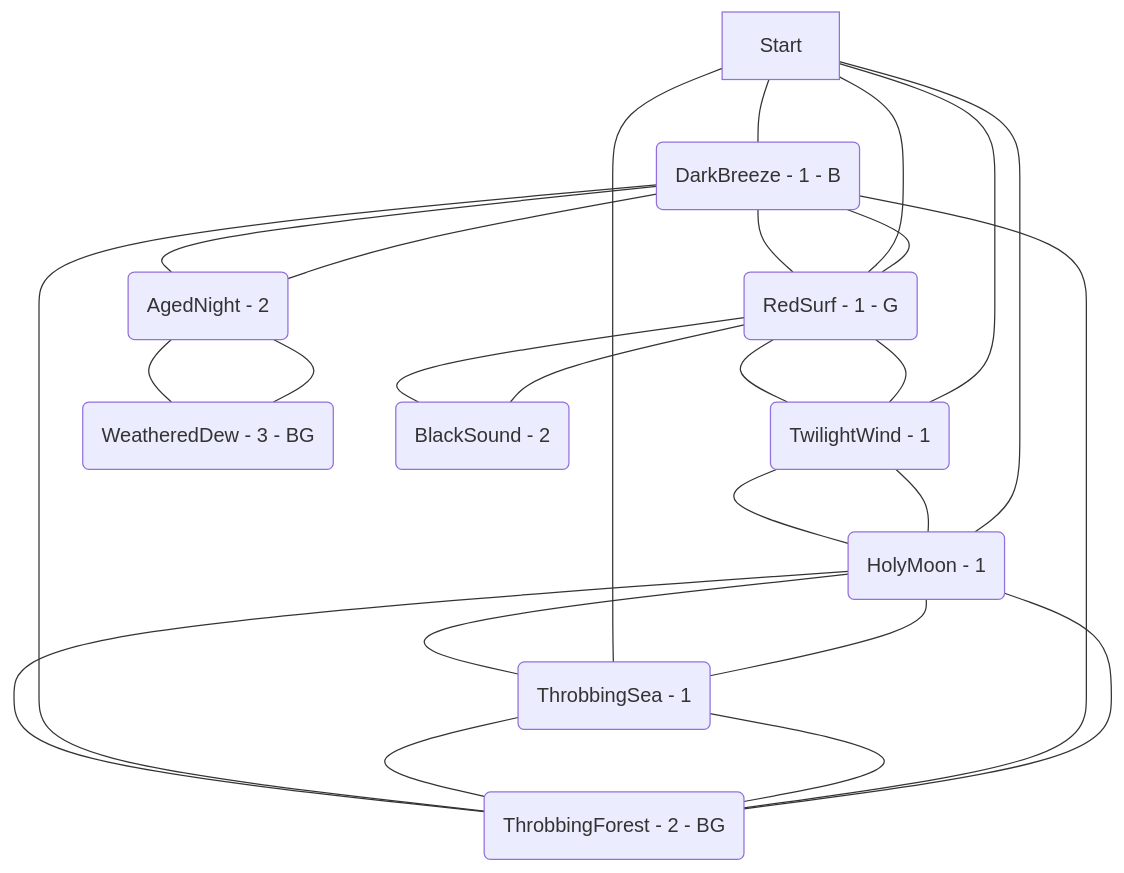
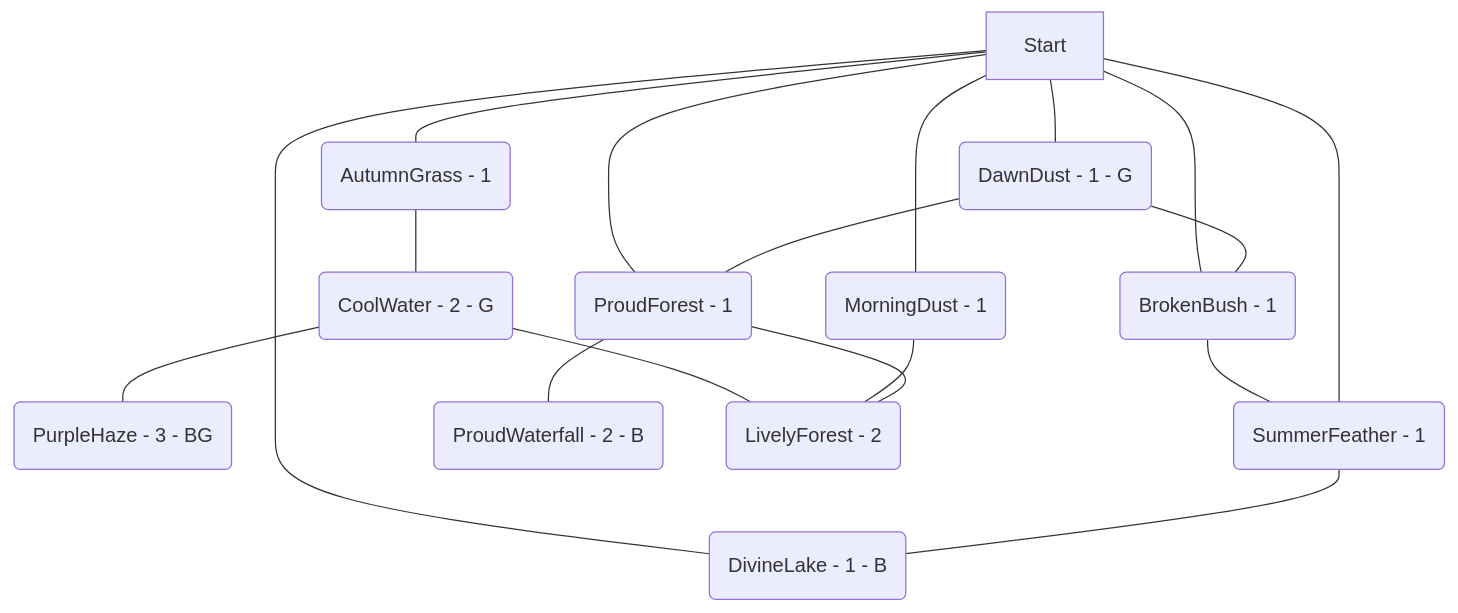
The diagram in examples/002.md (kinostl/Automatic-Liberation-Map), drawn with Mermaid before and after one commit. The commit also changed other lines of this file and 9 other files, not shown here.

````diff
--- a/examples/002.md
+++ b/examples/002.md
@@ -4,28 +4,20 @@
 ```mermaid  
 flowchart TD  
-	iFudbICp(DarkBreeze - 1 - B) --- ChOHIuAP(RedSurf - 1 - G)  
-	Start --- iFudbICp(DarkBreeze - 1 - B)  
-	OCyozHcj(ThrobbingForest - 2 - BG) --- BMbcJGeg(ThrobbingSea - 1)  
-	NpmOLwQR(HolyMoon - 1) --- nilFtgdr(TwilightWind - 1)  
-	BMbcJGeg(ThrobbingSea - 1) --- NpmOLwQR(HolyMoon - 1)  
-	RYyiTzeL(AgedNight - 2) --- iFudbICp(DarkBreeze - 1 - B)  
-	hIODdxBu(WeatheredDew - 3 - BG) --- RYyiTzeL(AgedNight - 2)  
-	Start --- nilFtgdr(TwilightWind - 1)  
-	ChOHIuAP(RedSurf - 1 - G) --- iFudbICp(DarkBreeze - 1 - B)  
-	iFudbICp(DarkBreeze - 1 - B) --- RYyiTzeL(AgedNight - 2)  
-	WPluigSh(BlackSound - 2) --- ChOHIuAP(RedSurf - 1 - G)  
-	Start --- NpmOLwQR(HolyMoon - 1)  
-	RYyiTzeL(AgedNight - 2) --- hIODdxBu(WeatheredDew - 3 - BG)  
-	OCyozHcj(ThrobbingForest - 2 - BG) --- iFudbICp(DarkBreeze - 1 - B)  
-	ChOHIuAP(RedSurf - 1 - G) --- WPluigSh(BlackSound - 2)  
-	Start --- ChOHIuAP(RedSurf - 1 - G)  
-	ChOHIuAP(RedSurf - 1 - G) --- nilFtgdr(TwilightWind - 1)  
-	OCyozHcj(ThrobbingForest - 2 - BG) --- NpmOLwQR(HolyMoon - 1)  
-	NpmOLwQR(HolyMoon - 1) --- BMbcJGeg(ThrobbingSea - 1)  
-	NpmOLwQR(HolyMoon - 1) --- OCyozHcj(ThrobbingForest - 2 - BG)  
-	Start --- BMbcJGeg(ThrobbingSea - 1)  
-	nilFtgdr(TwilightWind - 1) --- ChOHIuAP(RedSurf - 1 - G)  
-	nilFtgdr(TwilightWind - 1) --- NpmOLwQR(HolyMoon - 1)  
-	iFudbICp(DarkBreeze - 1 - B) --- OCyozHcj(ThrobbingForest - 2 - BG)  
-	BMbcJGeg(ThrobbingSea - 1) --- OCyozHcj(ThrobbingForest - 2 - BG)  
+	SlTnfmgv(DawnDust - 1 - G) --- JDyxzKBU(BrokenBush - 1)  
+	Start --- QOlpVKgS(MorningDust - 1)  
+	SlTnfmgv(DawnDust - 1 - G) --- HPTijGdJ(ProudForest - 1)  
+	MPaHCizO(CoolWater - 2 - G) --- xUhmdLKt(PurpleHaze - 3 - BG)  
+	NehLUGvn(SummerFeather - 1) --- YjehlbxO(DivineLake - 1 - B)  
+	HPTijGdJ(ProudForest - 1) --- gNHKLdaI(ProudWaterfall - 2 - B)  
+	HPTijGdJ(ProudForest - 1) --- vzFfxubZ(LivelyForest - 2)  
+	Start --- NehLUGvn(SummerFeather - 1)  
+	Start --- SlTnfmgv(DawnDust - 1 - G)  
+	QOlpVKgS(MorningDust - 1) --- vzFfxubZ(LivelyForest - 2)  
+	Start --- HPTijGdJ(ProudForest - 1)  
+	Start --- MZzPAtWo(AutumnGrass - 1)  
+	MPaHCizO(CoolWater - 2 - G) --- vzFfxubZ(LivelyForest - 2)  
+	Start --- YjehlbxO(DivineLake - 1 - B)  
+	MZzPAtWo(AutumnGrass - 1) --- MPaHCizO(CoolWater - 2 - G)  
+	Start --- JDyxzKBU(BrokenBush - 1)  
+	JDyxzKBU(BrokenBush - 1) --- NehLUGvn(SummerFeather - 1)  
 ```  
````
